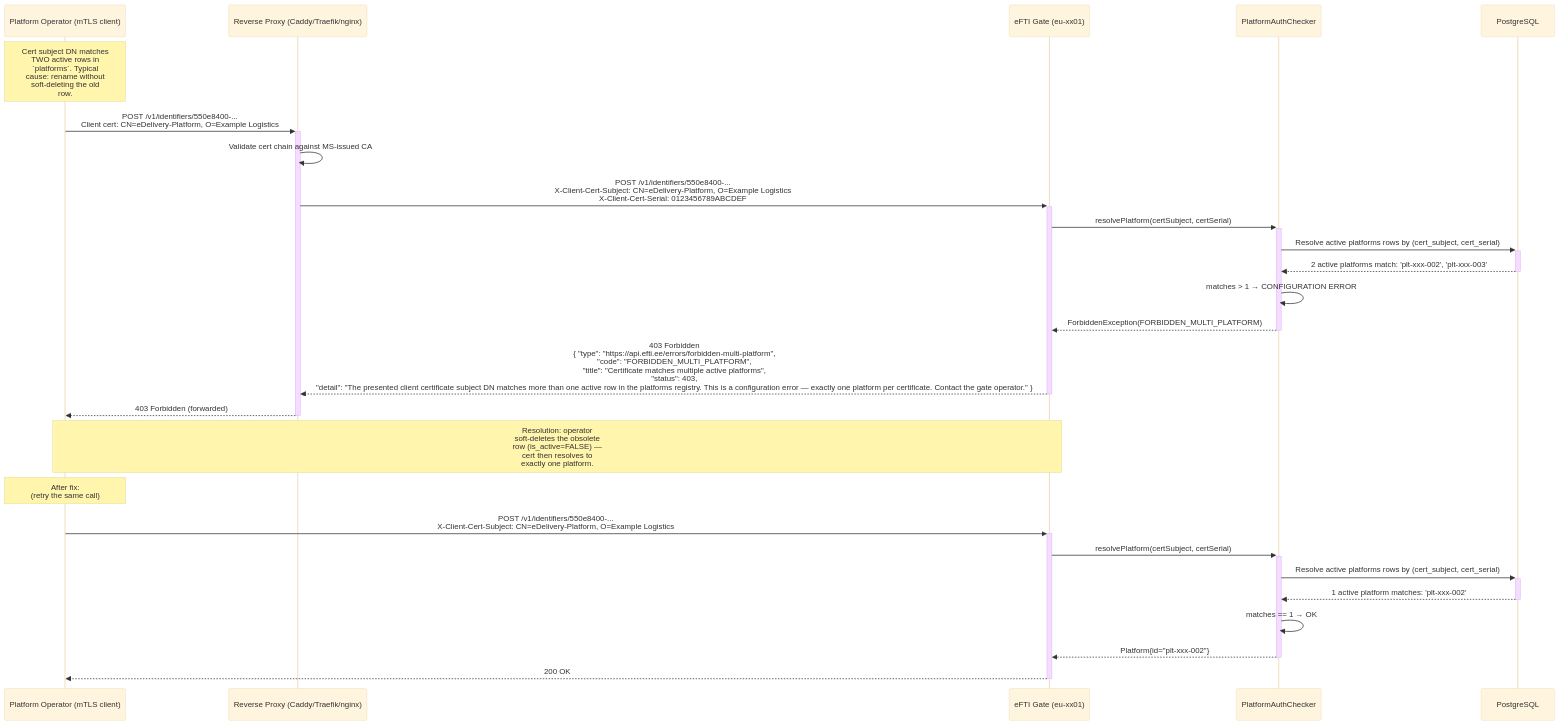
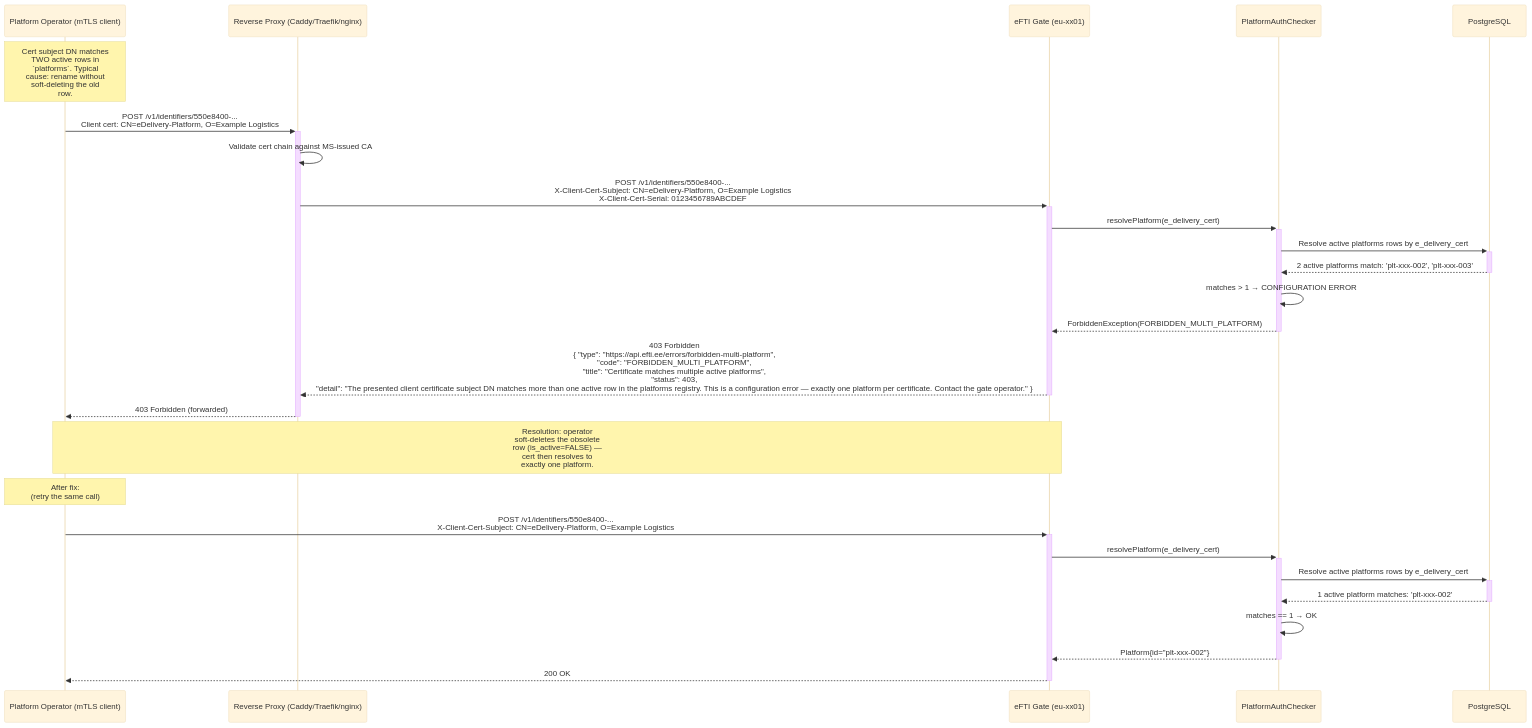
One commit to kemit-ee/efti-gate-ee changed the diagram in docs/specs/diagrams/seq-13-multi-platform-user.mmd. Above: the diagram before and after it, drawn with Mermaid (base theme). The commit also changed 34 other files, not shown here.

First line of the commit message:
remove cert subject and cert serial values from the platform entity

```diff
--- a/docs/specs/diagrams/seq-13-multi-platform-user.mmd
+++ b/docs/specs/diagrams/seq-13-multi-platform-user.mmd
@@ -1,33 +1,33 @@
 sequenceDiagram
     participant Platform as Platform Operator (mTLS client)
     participant Proxy as Reverse Proxy (Caddy/Traefik/nginx)
     participant Gate as eFTI Gate (eu-xx01)
     participant Auth as PlatformAuthChecker
     participant DB as PostgreSQL
 
     Note over Platform: Cert subject DN matches<br/>TWO active rows in<br/>`platforms`. Typical<br/>cause: rename without<br/>soft-deleting the old<br/>row.
 
     Platform->>+Proxy: POST /v1/identifiers/550e8400-...<br/>Client cert: CN=eDelivery-Platform, O=Example Logistics
     Proxy->>Proxy: Validate cert chain against MS-issued CA
     Proxy->>+Gate: POST /v1/identifiers/550e8400-...<br/>X-Client-Cert-Subject: CN=eDelivery-Platform, O=Example Logistics<br/>X-Client-Cert-Serial: 0123456789ABCDEF
 
-    Gate->>+Auth: resolvePlatform(certSubject, certSerial)
-    Auth->>+DB: Resolve active platforms rows by (cert_subject, cert_serial)
+    Gate->>+Auth: resolvePlatform(e_delivery_cert)
+    Auth->>+DB: Resolve active platforms rows by e_delivery_cert
     DB-->>-Auth: 2 active platforms match: 'plt-xxx-002', 'plt-xxx-003'
     Auth->>Auth: matches > 1 → CONFIGURATION ERROR
     Auth-->>-Gate: ForbiddenException(FORBIDDEN_MULTI_PLATFORM)
 
     Gate-->>Proxy: 403 Forbidden<br/>{ "type": "https://api.efti.ee/errors/forbidden-multi-platform",<br/>  "code": "FORBIDDEN_MULTI_PLATFORM",<br/>  "title": "Certificate matches multiple active platforms",<br/>  "status": 403,<br/>  "detail": "The presented client certificate subject DN matches more than one active row in the platforms registry. This is a configuration error — exactly one platform per certificate. Contact the gate operator." }
     deactivate Gate
     Proxy-->>-Platform: 403 Forbidden (forwarded)
 
     Note over Platform,Gate: Resolution: operator<br/>soft-deletes the obsolete<br/>row (is_active=FALSE) —<br/>cert then resolves to<br/>exactly one platform.
 
     Note over Platform: After fix:<br/>(retry the same call)
     Platform->>+Gate: POST /v1/identifiers/550e8400-...<br/>X-Client-Cert-Subject: CN=eDelivery-Platform, O=Example Logistics
-    Gate->>+Auth: resolvePlatform(certSubject, certSerial)
-    Auth->>+DB: Resolve active platforms rows by (cert_subject, cert_serial)
+    Gate->>+Auth: resolvePlatform(e_delivery_cert)
+    Auth->>+DB: Resolve active platforms rows by e_delivery_cert
     DB-->>-Auth: 1 active platform matches: 'plt-xxx-002'
     Auth->>Auth: matches == 1 → OK
     Auth-->>-Gate: Platform{id="plt-xxx-002"}
     Gate-->>-Platform: 200 OK
```
